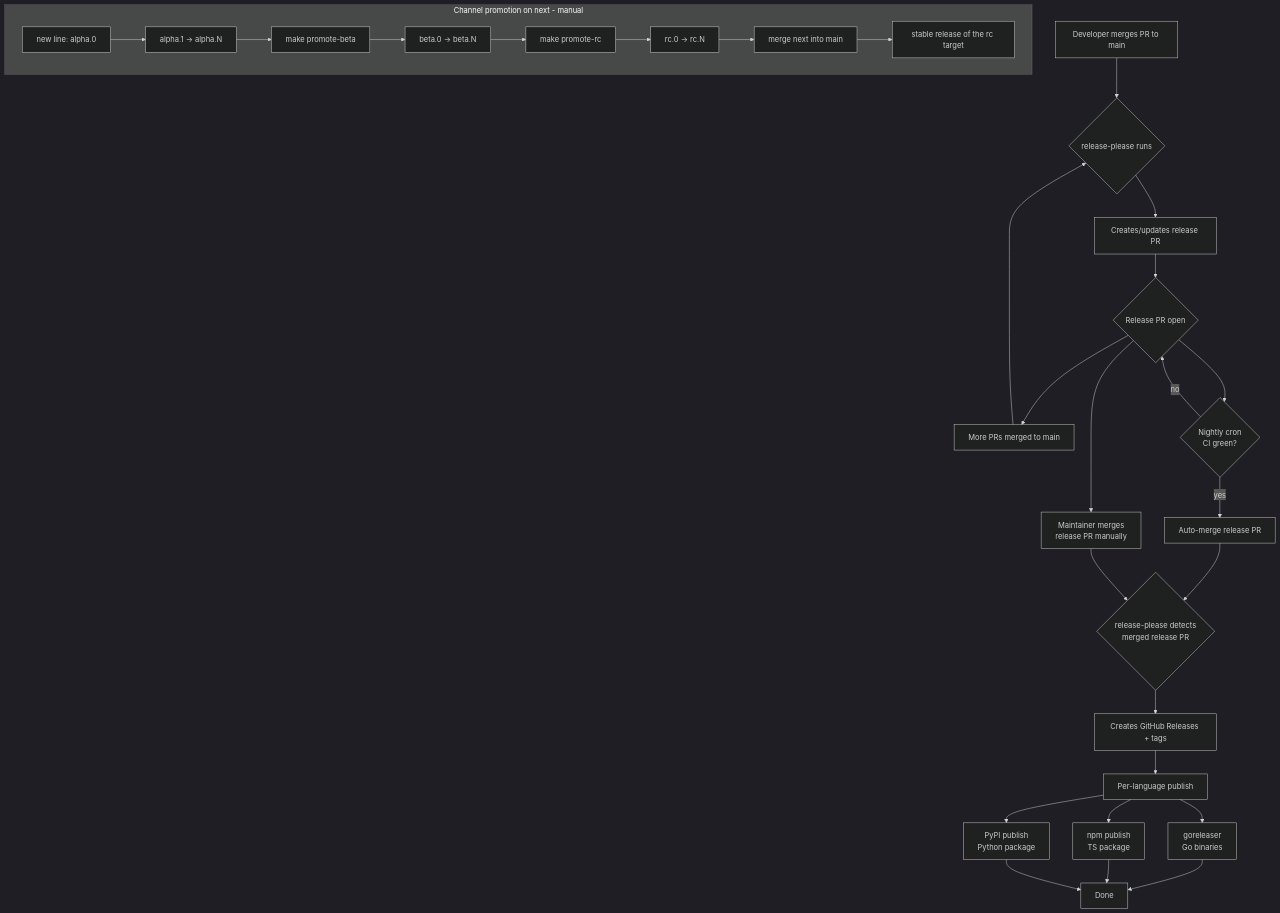
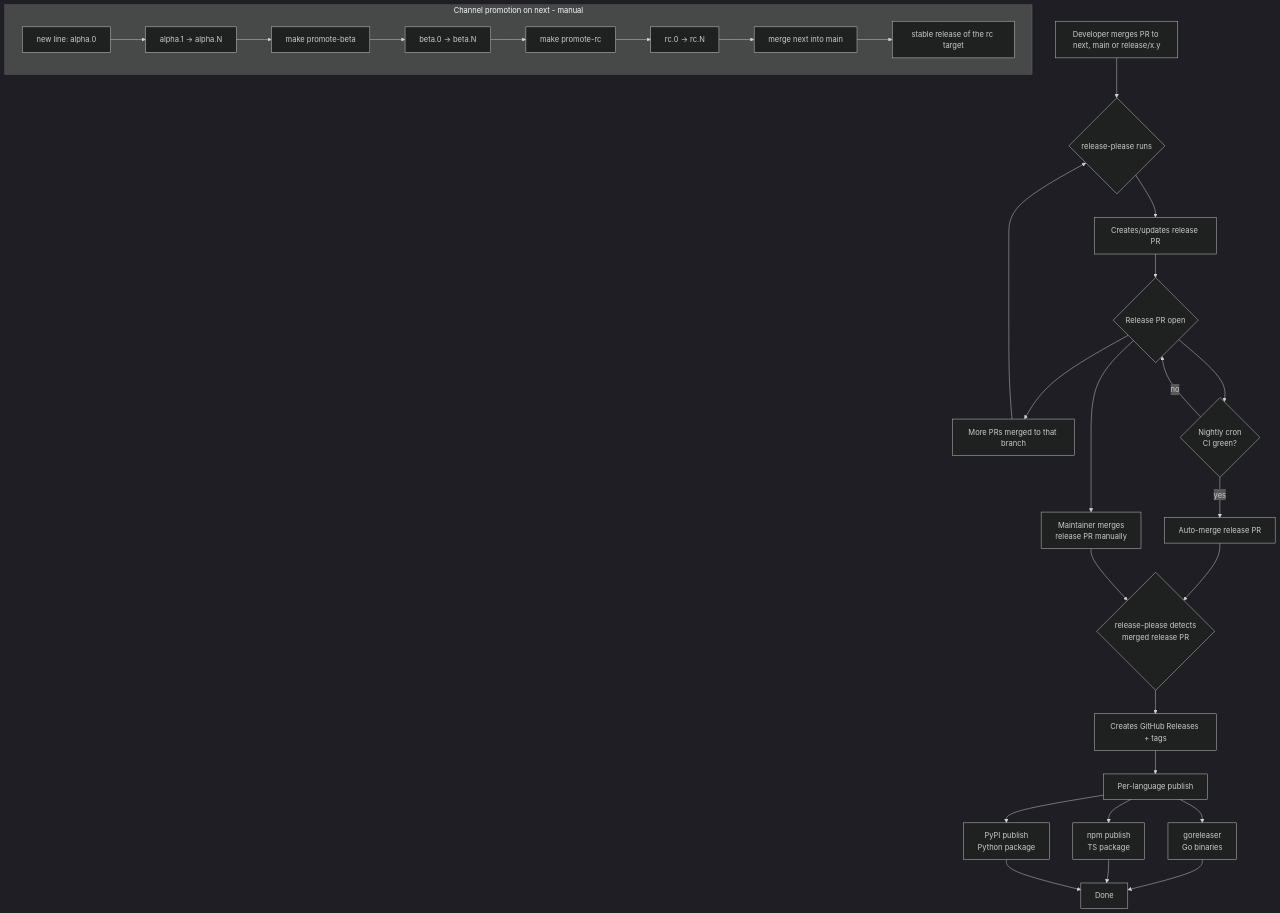
The diagram in docs/contributors/releasing.md (hop-top/poly-kit), drawn with Mermaid (dark theme) before and after one commit. The commit also changed 3 other files, not shown here.

First line of the commit message:
docs(release): promote.js behavior, --pin, flow start, superseded notes

````diff
--- a/docs/contributors/releasing.md
+++ b/docs/contributors/releasing.md
@@ -904,39 +904,39 @@
 ```mermaid
 flowchart TD
-    A[Developer merges PR to main] --> B{release-please runs}
+    A["Developer merges PR to next, main or release/x.y"] --> B{release-please runs}
     B --> C[Creates/updates release PR]
     C --> D{Release PR open}
 
-    D --> E[More PRs merged to main]
+    D --> E[More PRs merged to that branch]
     E --> B
 
     D --> F{Nightly cron\nCI green?}
     F -- no --> D
     F -- yes --> G[Auto-merge release PR]
 
     D --> H[Maintainer merges\nrelease PR manually]
 
     G --> I{release-please detects\nmerged release PR}
     H --> I
 
     I --> J[Creates GitHub Releases + tags]
     J --> K[Per-language publish]
 
     K --> L[goreleaser\nGo binaries]
     K --> M[npm publish\nTS package]
     K --> N[PyPI publish\nPython package]
 
     L --> O[Done]
     M --> O
     N --> O
 
     subgraph Channel promotion on next - manual
         P[new line: alpha.0] --> Q[alpha.1 → alpha.N]
         Q --> R[make promote-beta]
         R --> S[beta.0 → beta.N]
         S --> T[make promote-rc]
         T --> U[rc.0 → rc.N]
         U --> V[merge next into main]
         V --> W[stable release of the rc target]
     end
 ```
````
